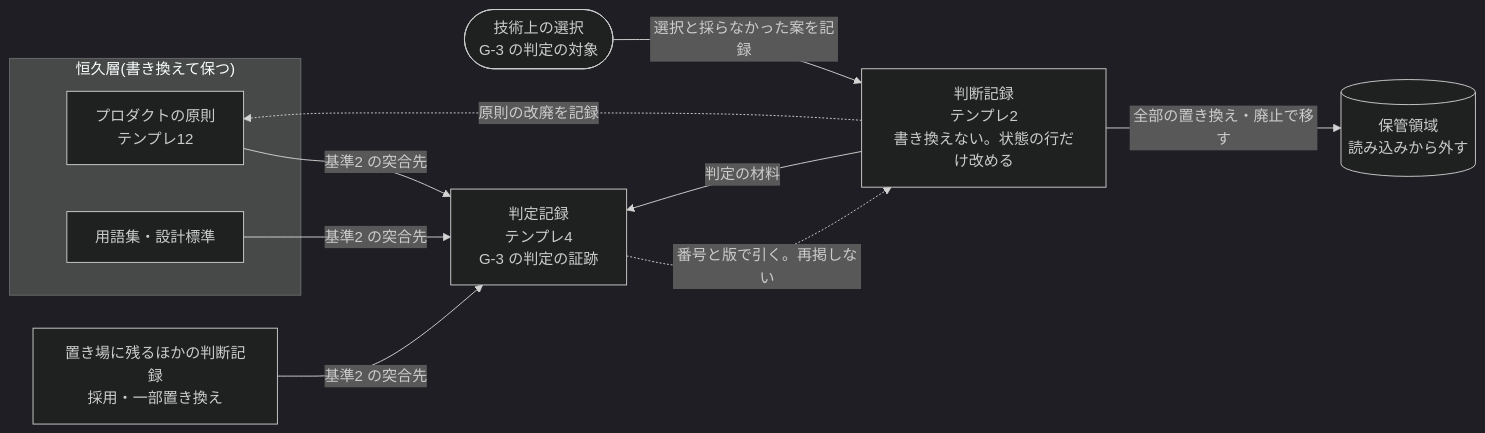
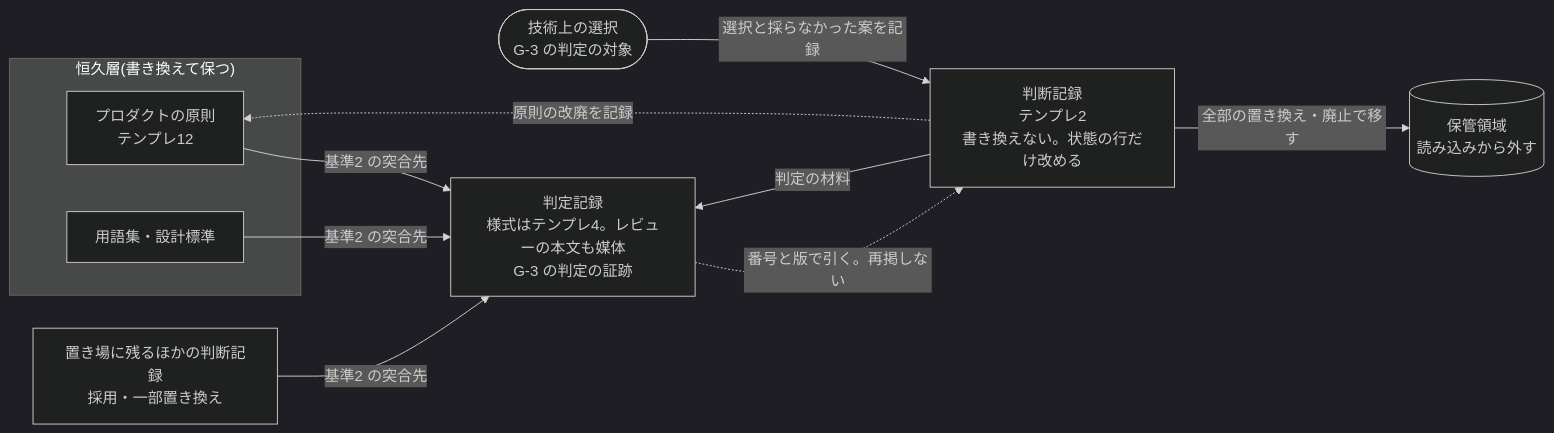
Before and after one commit to Takenori-Kusaka/process-compass: the first of 3 diagrams in src/content/docs/phase4-process-design/deliverable-templates.md, drawn with Mermaid (dark theme). The commit also changed other lines of this file and 20 other files, not shown here.

````diff
--- a/src/content/docs/phase4-process-design/deliverable-templates.md
+++ b/src/content/docs/phase4-process-design/deliverable-templates.md
@@ -58,20 +58,20 @@
 ```mermaid
 graph LR
   subgraph 恒久層["恒久層(書き換えて保つ)"]
     PR["プロダクトの原則<br>テンプレ12"]
     ST["用語集・設計標準"]
   end
   CH(["技術上の選択<br>G-3 の判定の対象"])
   ADR["判断記録<br>テンプレ2<br>書き換えない。状態の行だけ改める"]
-  GR["判定記録<br>テンプレ4<br>G-3 の判定の証跡"]
+  GR["判定記録<br>様式はテンプレ4。レビューの本文も媒体<br>G-3 の判定の証跡"]
   OD["置き場に残るほかの判断記録<br>採用・一部置き換え"]
   AR[("保管領域<br>読み込みから外す")]
   CH -->|選択と採らなかった案を記録| ADR
   ADR -->|判定の材料| GR
   PR -->|基準2 の突合先| GR
   ST -->|基準2 の突合先| GR
   OD -->|基準2 の突合先| GR
   GR -.->|番号と版で引く。再掲しない| ADR
   ADR -.->|原則の改廃を記録| PR
   ADR -->|全部の置き換え・廃止で移す| AR
 ```
````
